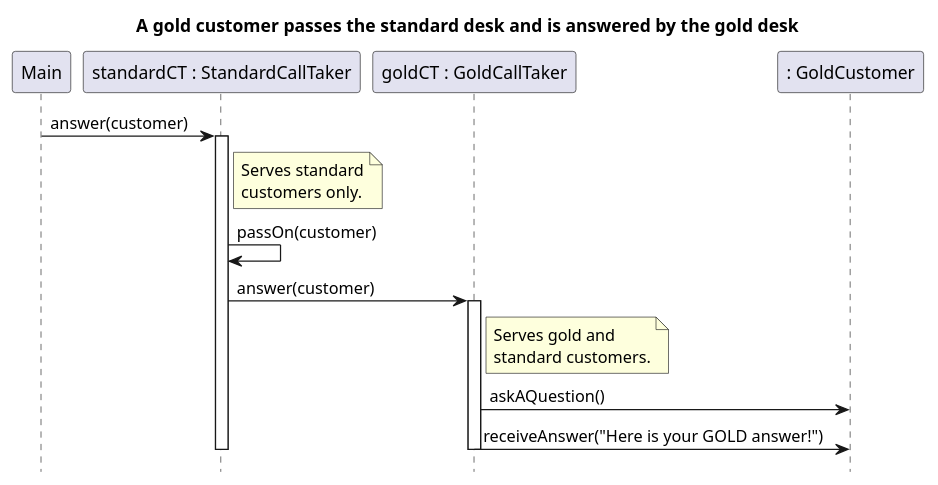
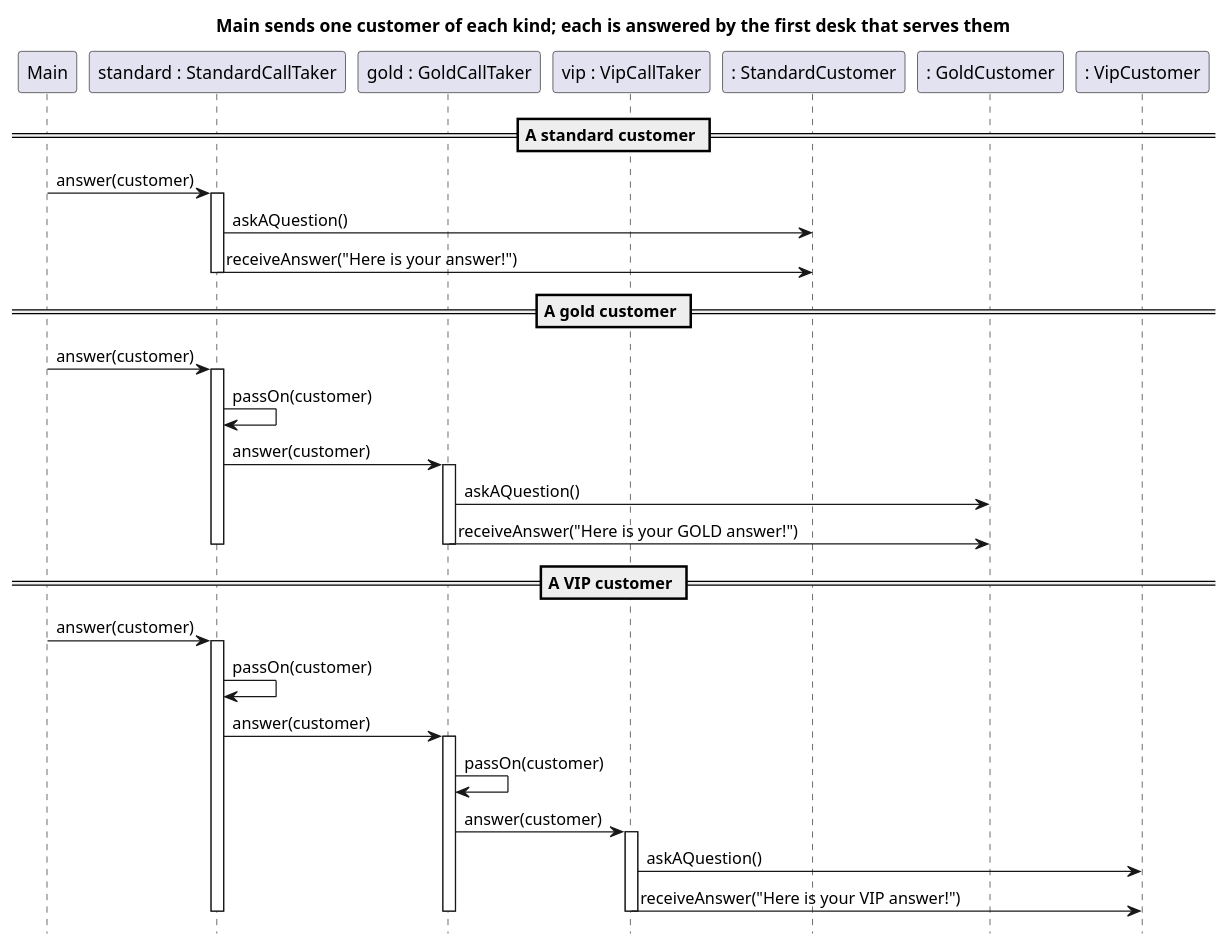
The diagram in src/main/java/dev/kaldiroglu/dp/behavioral/chainOfResponsibility/callCenter/uml/Chain of Responsibility - Call Center - Sequence Diagram.puml (kaldiroglu/DesignPatternsWithJava), drawn with PlantUML before and after one commit. The commit also changed 3 other files, not shown here.

Commit message:
callCenter: the sequence diagram shows all three customers, each answered by its desk

```diff
--- a/src/main/java/dev/kaldiroglu/dp/behavioral/chainOfResponsibility/callCenter/uml/Chain of Responsibility - Call Center - Sequence Diagram.puml
+++ b/src/main/java/dev/kaldiroglu/dp/behavioral/chainOfResponsibility/callCenter/uml/Chain of Responsibility - Call Center - Sequence Diagram.puml
@@ -1,20 +1,44 @@
 @startuml "Chain of Responsibility - Call Center - Sequence Diagram"
 hide footbox
-title A gold customer passes the standard desk and is answered by the gold desk
+title Main sends one customer of each kind; each is answered by the first desk that serves them
 participant Main
-participant "standardCT : StandardCallTaker" as S
-participant "goldCT : GoldCallTaker" as G
-participant ": GoldCustomer" as C
+participant "standard : StandardCallTaker" as S
+participant "gold : GoldCallTaker" as G
+participant "vip : VipCallTaker" as V
+participant ": StandardCustomer" as SC
+participant ": GoldCustomer" as GC
+participant ": VipCustomer" as VC
 
+== A standard customer ==
 Main -> S : answer(customer)
 activate S
-note right of S : Serves standard\ncustomers only.
+S -> SC : askAQuestion()
+S -> SC : receiveAnswer("Here is your answer!")
+deactivate S
+
+== A gold customer ==
+Main -> S : answer(customer)
+activate S
 S -> S : passOn(customer)
 S -> G : answer(customer)
 activate G
-note right of G : Serves gold and\nstandard customers.
-G -> C : askAQuestion()
-G -> C : receiveAnswer("Here is your GOLD answer!")
+G -> GC : askAQuestion()
+G -> GC : receiveAnswer("Here is your GOLD answer!")
+deactivate G
+deactivate S
+
+== A VIP customer ==
+Main -> S : answer(customer)
+activate S
+S -> S : passOn(customer)
+S -> G : answer(customer)
+activate G
+G -> G : passOn(customer)
+G -> V : answer(customer)
+activate V
+V -> VC : askAQuestion()
+V -> VC : receiveAnswer("Here is your VIP answer!")
+deactivate V
 deactivate G
 deactivate S
 @enduml
```
